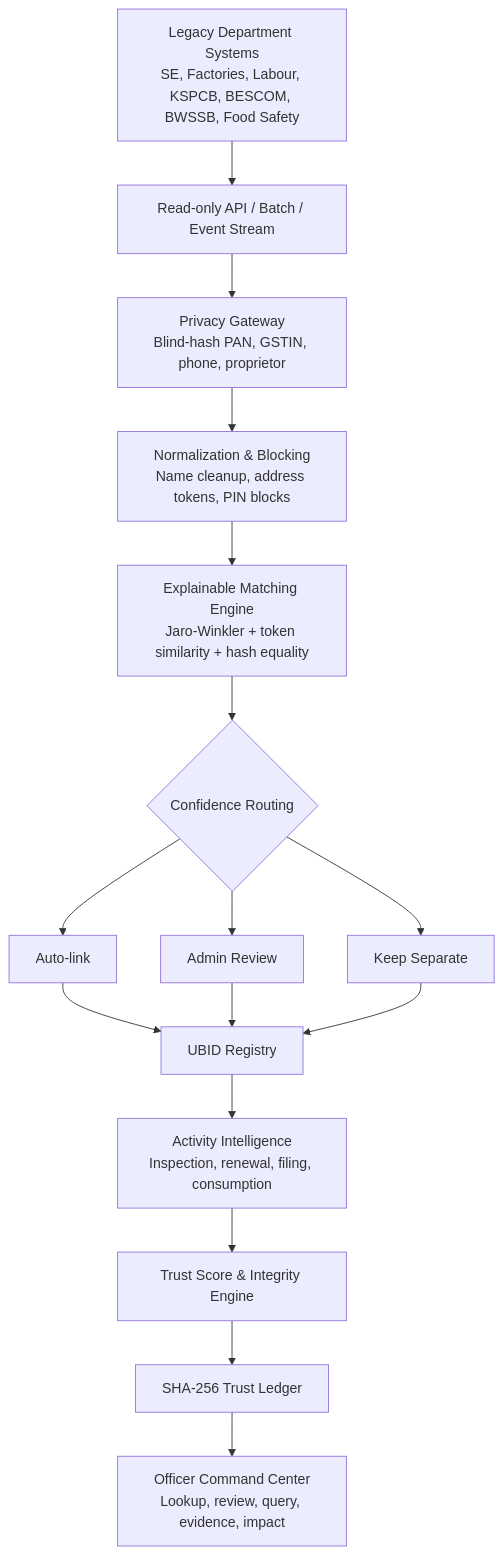
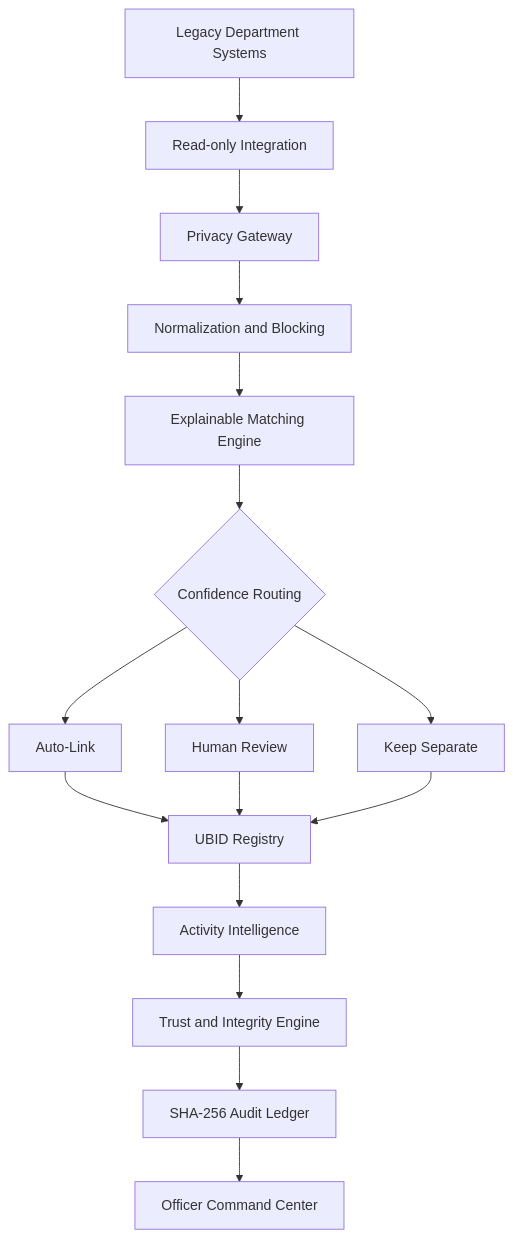
The diagram in README.md (agrima08s010315/TrustID-UBID-Intelligence), drawn with Mermaid before and after one commit. The commit also changed other lines of this file, not shown here.

Commit message:
docs: refresh TrustID README and update repository links

````diff
--- a/README.md
+++ b/README.md
@@ -209,23 +323,23 @@
 ```mermaid
 flowchart TD
-    A[Legacy Department Systems<br/>SE, Factories, Labour, KSPCB, BESCOM, BWSSB, Food Safety]
-    B[Read-only API / Batch / Event Stream]
-    C[Privacy Gateway<br/>Blind-hash PAN, GSTIN, phone, proprietor]
-    D[Normalization & Blocking<br/>Name cleanup, address tokens, PIN blocks]
-    E[Explainable Matching Engine<br/>Jaro-Winkler + token similarity + hash equality]
+    A[Legacy Department Systems]
+    B[Read-only Integration]
+    C[Privacy Gateway]
+    D[Normalization and Blocking]
+    E[Explainable Matching Engine]
     F{Confidence Routing}
-    G[Auto-link]
-    H[Admin Review]
+    G[Auto-Link]
+    H[Human Review]
     I[Keep Separate]
     J[UBID Registry]
-    K[Activity Intelligence<br/>Inspection, renewal, filing, consumption]
-    L[Trust Score & Integrity Engine]
-    M[SHA-256 Trust Ledger]
-    N[Officer Command Center<br/>Lookup, review, query, evidence, impact]
+    K[Activity Intelligence]
+    L[Trust and Integrity Engine]
+    M[SHA-256 Audit Ledger]
+    N[Officer Command Center]
 
     A --> B --> C --> D --> E --> F
     F --> G --> J
     F --> H --> J
     F --> I --> J
     J --> K --> L --> M --> N
 ```
````
